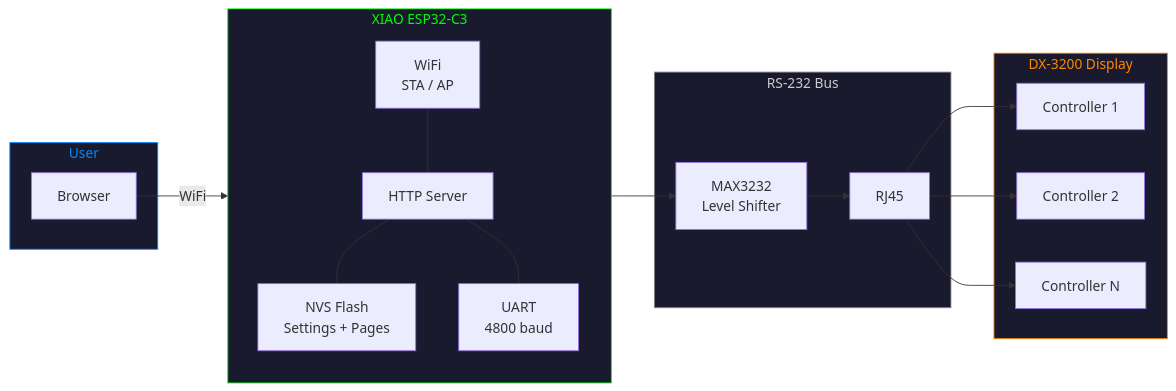
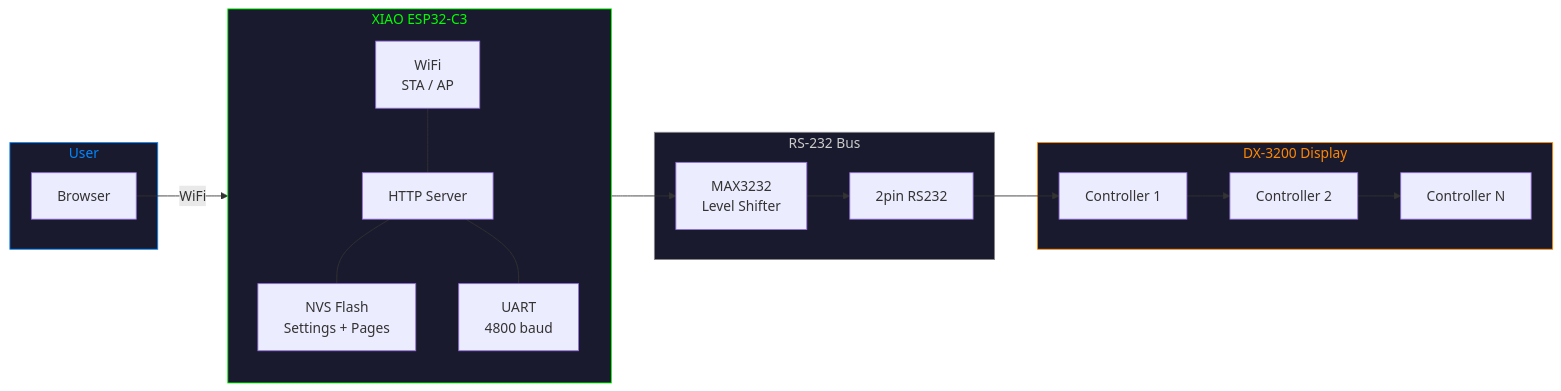
The first of 4 diagrams in README.md (hofq/dataliteRS), drawn with Mermaid before and after one commit.

Commit message:
docs: fix drawing

````diff
--- a/README.md
+++ b/README.md
@@ -7,37 +7,37 @@
 ```mermaid
 graph LR
     subgraph User
         B["Browser"]
     end
 
     subgraph ESP32-C3["XIAO ESP32-C3"]
         direction TB
         WiFi["WiFi\nSTA / AP"]
         HTTP["HTTP Server"]
         NVS["NVS Flash\nSettings + Pages"]
         UART["UART\n4800 baud"]
 
         WiFi --- HTTP
         HTTP --- NVS
         HTTP --- UART
     end
 
     subgraph RS232["RS-232 Bus"]
         MAX["MAX3232\nLevel Shifter"]
-        RJ45["RJ45"]
+        RJ45["2pin RS232"]
     end
 
     subgraph Display["DX-3200 Display"]
         C1["Controller 1"]
         C2["Controller 2"]
         CN["Controller N"]
     end
 
     B -- "WiFi" --> WiFi
-    UART --> MAX --> RJ45 --> C1 & C2 & CN
+    UART --> MAX --> RJ45 --> C1 --> C2 --> CN
 
     style ESP32-C3 fill:#1a1a2e,stroke:#0f0,color:#0f0
     style Display fill:#1a1a2e,stroke:#f80,color:#f80
     style RS232 fill:#1a1a2e,stroke:#888,color:#ccc
     style User fill:#1a1a2e,stroke:#08f,color:#08f
 ```
````
